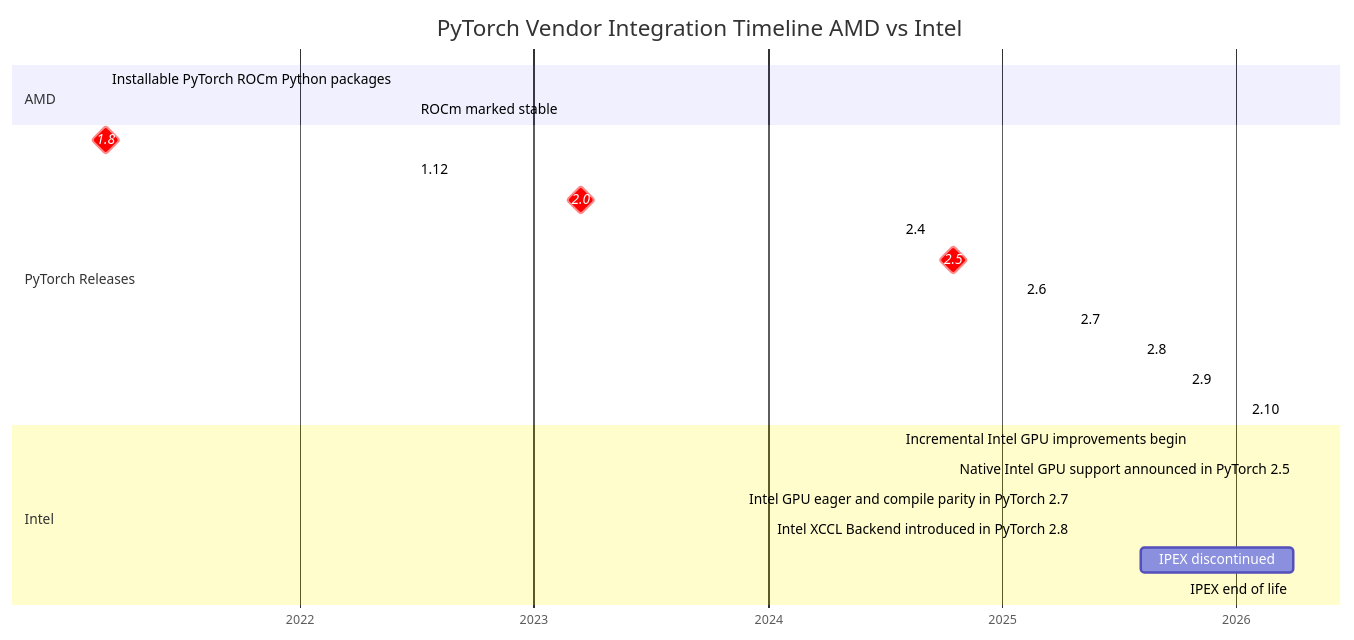
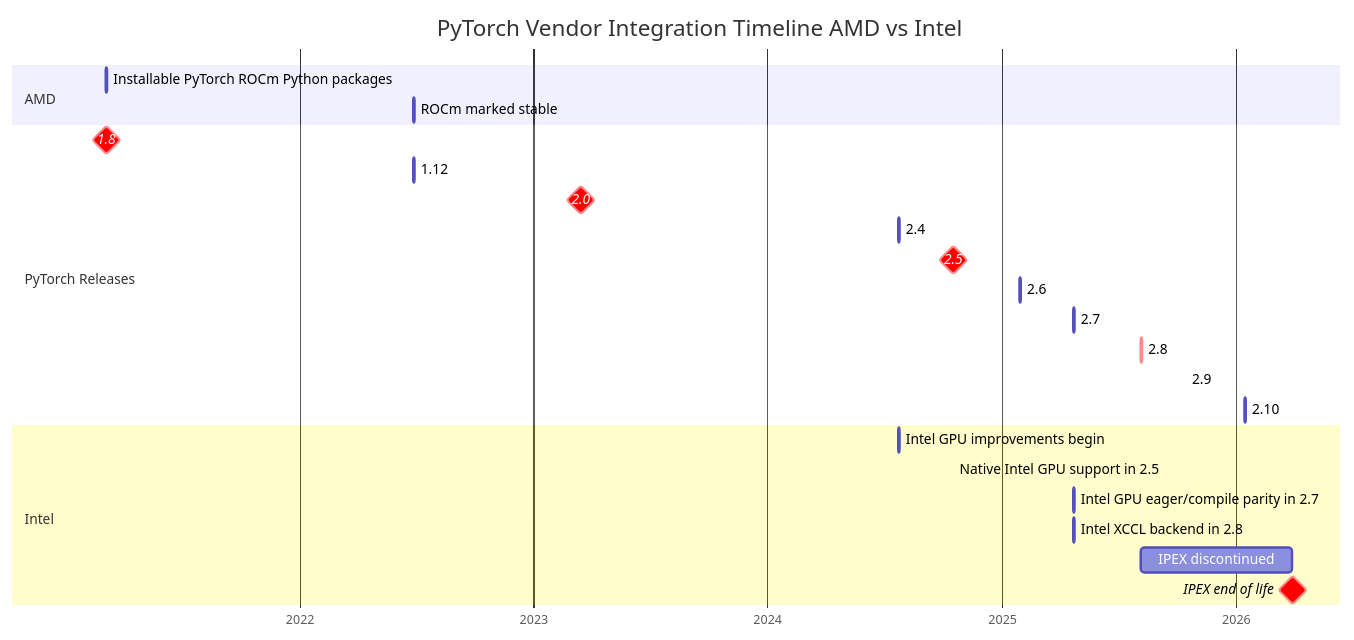
One commit to saforem2/sam.onl changed the second of 2 diagrams in web/src/pages/posts/2026/01/10/index.mdx. Above: the diagram before and after it, drawn with Mermaid. The commit also changed other lines of this file and 30 other files, not shown here.

````diff
--- a/web/src/pages/posts/2026/01/10/index.mdx
+++ b/web/src/pages/posts/2026/01/10/index.mdx
@@ -45,31 +46,32 @@
-``` mermaid
+```mermaid
+%%{init: {'themeCSS': '.titleText{color:var(--foreground1)!important;fill:var(--foreground1)!important;font-size:0.95rem!important;font-weight:700;}.taskText{font-weight:600;font-size:0.74rem!important;}.taskText,.taskTextOutsideLeft,.taskTextOutsideRight,.sectionTitle,.tick text{fill:var(--foreground0)!important;}.taskTextOutsideLeft,.sectionTitle{font-size:0.74rem!important;}.taskTextOutsideRight{font-size:0.66rem!important;text-anchor:start;transform:translateX(0.2ch);}.tick text{font-size:0.7rem!important;}.taskTextOutsideLeft{text-anchor:end;transform:translateX(-0.45ch);}.todayMarker{stroke:var(--red)!important;stroke-width:0.12rem;opacity:0.9;}.grid .tick line{stroke:var(--background3)!important;opacity:0.6;}.section0{fill:color-mix(in oklch,var(--orange) 30%,transparent)!important;}.section1{fill:color-mix(in oklch,var(--background2) 76%,transparent)!important;}.section2{fill:color-mix(in oklch,var(--blue) 42%,transparent)!important;}.active,.done{fill:color-mix(in srgb,var(--blue) 72%,white 28%)!important;}.crit,.milestone{fill:var(--red)!important;stroke:var(--red)!important;}'}}%%
 gantt
     title PyTorch Vendor Integration Timeline AMD vs Intel
     dateFormat  YYYY-MM-DD
     axisFormat  %Y
 
 section AMD
-    Installable PyTorch ROCm Python packages         :amd2, 2021-03-04,
-    ROCm marked stable                               :amd3,2022-06-28,
+    Installable PyTorch ROCm Python packages         :amd2, 2021-03-04, 1d
+    ROCm marked stable                               :amd3, 2022-06-28, 1d
 
 section PyTorch Releases
-    1.8                                             :milestone,crit, pt180, 2021-03-04,
-    1.12                                            :pt1120, 2022-06-28,
-    2.0                                             :milestone,crit,pt200, 2023-03-15,
-    2.4                                             :pt24, 2024-07-24,
-    2.5                                             :milestone,crit,pt250, 2024-10-17,
-    2.6                                             :pt260, 2025-01-29,
-    2.7                                             :pt270, 2025-04-23,
-    2.8                                             :crit, pt280, 2025-08-06,
-    2.9                                             :pt290, 2025-10-15,
-    2.10                                            :pt210, 2026-01-15,
+    1.8                                             :milestone, crit, pt180, 2021-03-04, 1d
+    1.12                                            :pt1120, 2022-06-28, 1d
+    2.0                                             :milestone, crit, pt200, 2023-03-15, 1d
+    2.4                                             :pt24, 2024-07-24, 1d
+    2.5                                             :milestone, crit, pt250, 2024-10-17, 1d
+    2.6                                             :pt260, 2025-01-29, 1d
+    2.7                                             :pt270, 2025-04-23, 1d
+    2.8                                             :crit, pt280, 2025-08-06, 1d
+    2.9                                             :pt290, 2025-10-15, 1d
+    2.10                                            :pt210, 2026-01-15, 1d
 
 section Intel
-    Incremental Intel GPU improvements begin           :int2, 2024-07-24,
-    Native Intel GPU support announced in PyTorch 2.5  :int3, 2024-10-17,
-    Intel GPU eager and compile parity in PyTorch 2.7  :int4, 2025-04-23,
-    Intel XCCL Backend introduced in PyTorch 2.8       :int5, 2025-04-23,
+    Intel GPU improvements begin                        :int2, 2024-07-24, 1d
+    Native Intel GPU support in 2.5                    :int3, 2024-10-17, 1d
+    Intel GPU eager/compile parity in 2.7              :int4, 2025-04-23, 1d
+    Intel XCCL backend in 2.8                           :int5, 2025-04-23, 1d
     IPEX discontinued                                  :int6, 2025-08-06, 2026-03-31
-    IPEX end of life                                   :int7, 2026-03-31,
+    IPEX end of life                                   :milestone, crit, int7, 2026-03-31, 1d
 
 ```
````
